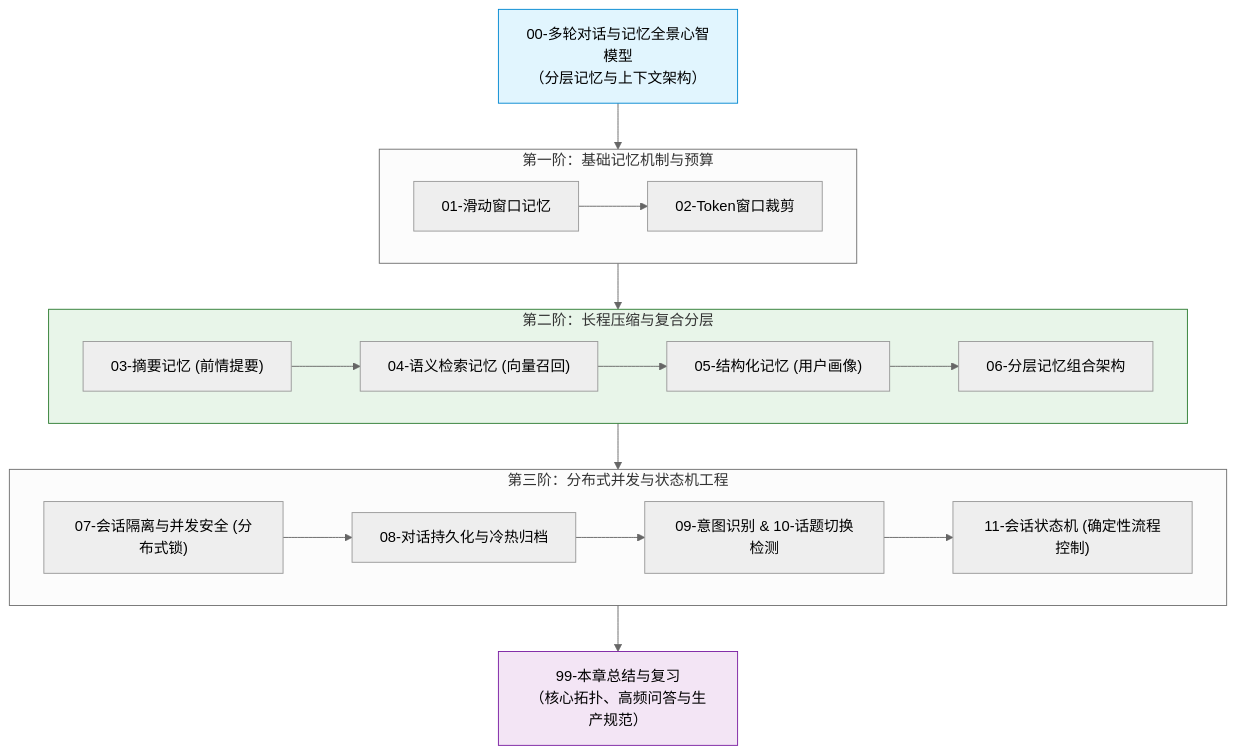
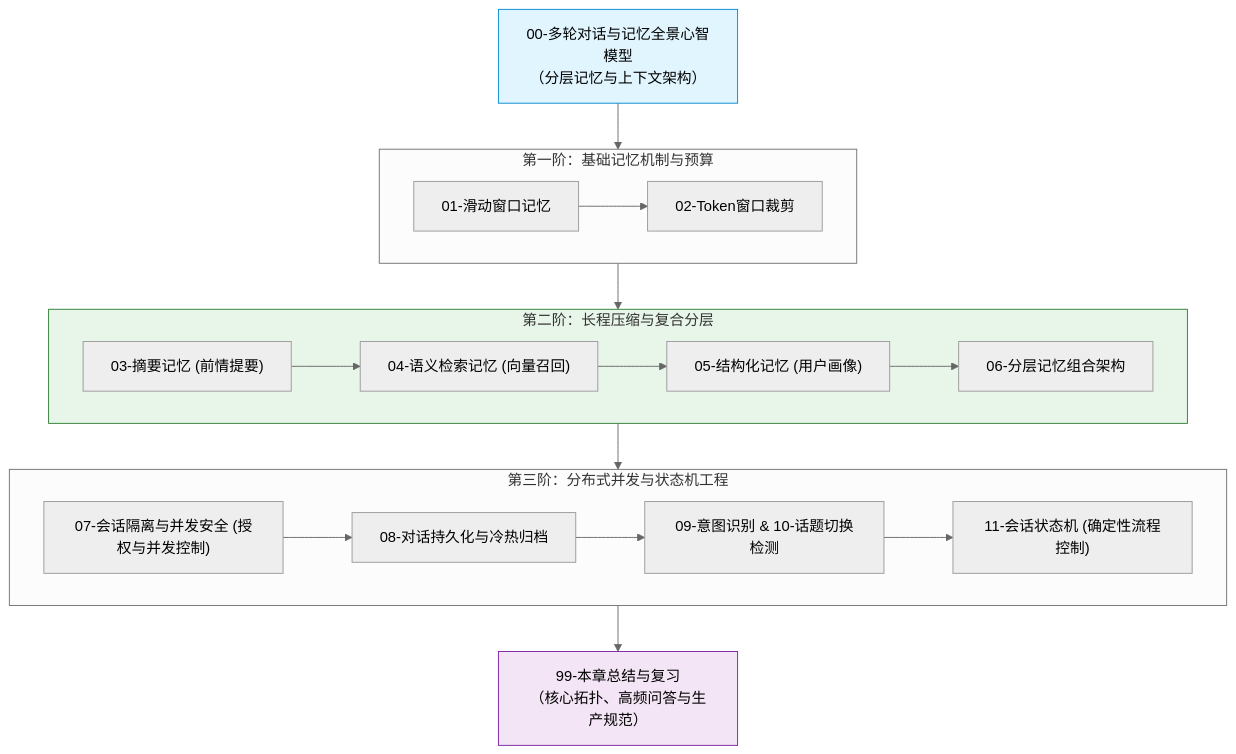
The diagram in 10-AI应用开发/04-多轮对话与上下文工程/_index.md (GuoWWWX/knowledge-base), drawn with Mermaid (neutral theme) before and after one commit. The commit also changed other lines of this file and 368 other files, not shown here.

````diff
--- a/10-AI应用开发/04-多轮对话与上下文工程/_index.md
+++ b/10-AI应用开发/04-多轮对话与上下文工程/_index.md
@@ -22,28 +22,28 @@
 ```mermaid
 flowchart TD
     M0["00-多轮对话与记忆全景心智模型<br/>（分层记忆与上下文架构）"] --> S1
 
     subgraph S1["第一阶：基础记忆机制与预算"]
         L1["01-滑动窗口记忆"] --> L2["02-Token窗口裁剪"]
     end
 
     subgraph S2["第二阶：长程压缩与复合分层"]
         L3["03-摘要记忆 (前情提要)"] --> L4["04-语义检索记忆 (向量召回)"]
         L4 --> L5["05-结构化记忆 (用户画像)"]
         L5 --> L6["06-分层记忆组合架构"]
     end
 
     subgraph S3["第三阶：分布式并发与状态机工程"]
-        C1["07-会话隔离与并发安全 (分布式锁)"] --> C2["08-对话持久化与冷热归档"]
+        C1["07-会话隔离与并发安全 (授权与并发控制)"] --> C2["08-对话持久化与冷热归档"]
         C2 --> C3["09-意图识别 & 10-话题切换检测"]
         C3 --> C4["11-会话状态机 (确定性流程控制)"]
     end
 
     S1 --> S2
     S2 --> S3
     S3 --> FIN["99-本章总结与复习<br/>（核心拓扑、高频问答与生产规范）"]
 
     style M0 fill:#e1f5fe,stroke:#0288d1,stroke-width:1px
     style S2 fill:#e8f5e9,stroke:#2e7d32,stroke-width:1px
     style FIN fill:#f3e5f5,stroke:#7b1fa2,stroke-width:1px
 ```
````
